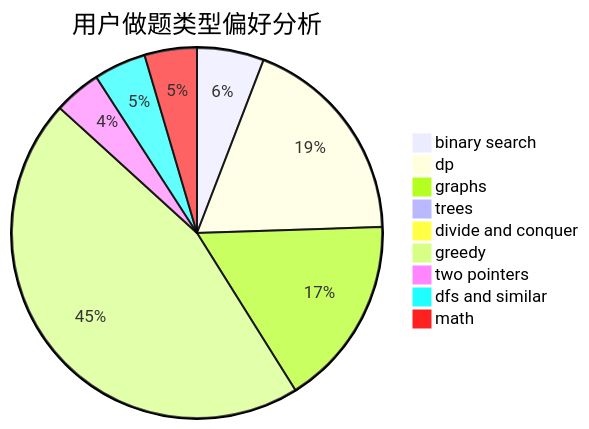
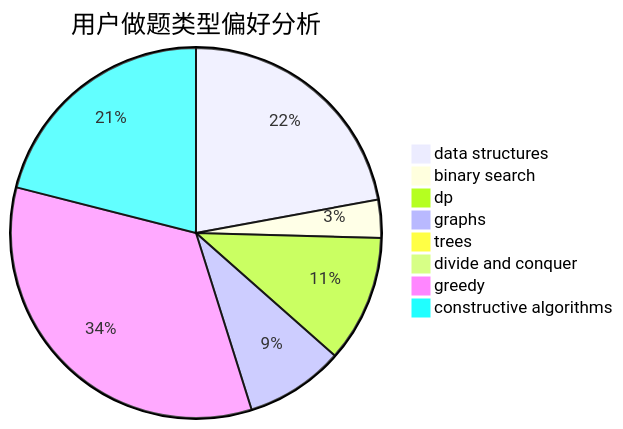
Before and after one commit to sherpahu/cfrs.github.io: the second of 3 diagrams in docs/user/u1128.md, drawn with Mermaid. The commit also changed other lines of this file and 2775 other files, not shown here.

````diff
--- a/docs/user/u1128.md
+++ b/docs/user/u1128.md
@@ -23,12 +23,11 @@
 ```mermaid
 pie title 用户做题类型偏好分析
-    "binary search" :  64
-    "dp" :  204
-    "graphs" :  182
+    "data structures" :  287
+    "binary search" :  43
+    "dp" :  144
+    "graphs" :  112
     "trees" :  3
-    "divide and conquer" :  1
-    "greedy" :  500
-    "two pointers" :  45
-    "dfs and similar" :  50
-    "math" :  50
+    "divide and conquer" :  0
+    "greedy" :  439
+    "constructive algorithms" :  273
 ```
````
